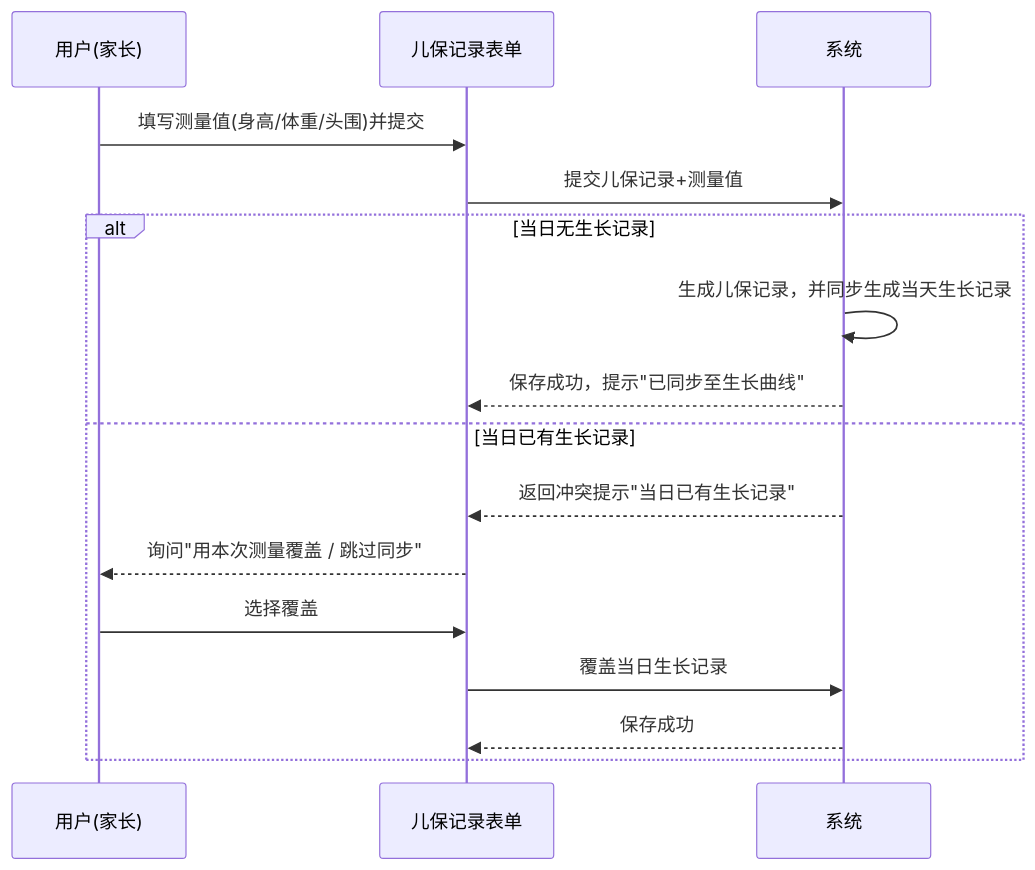
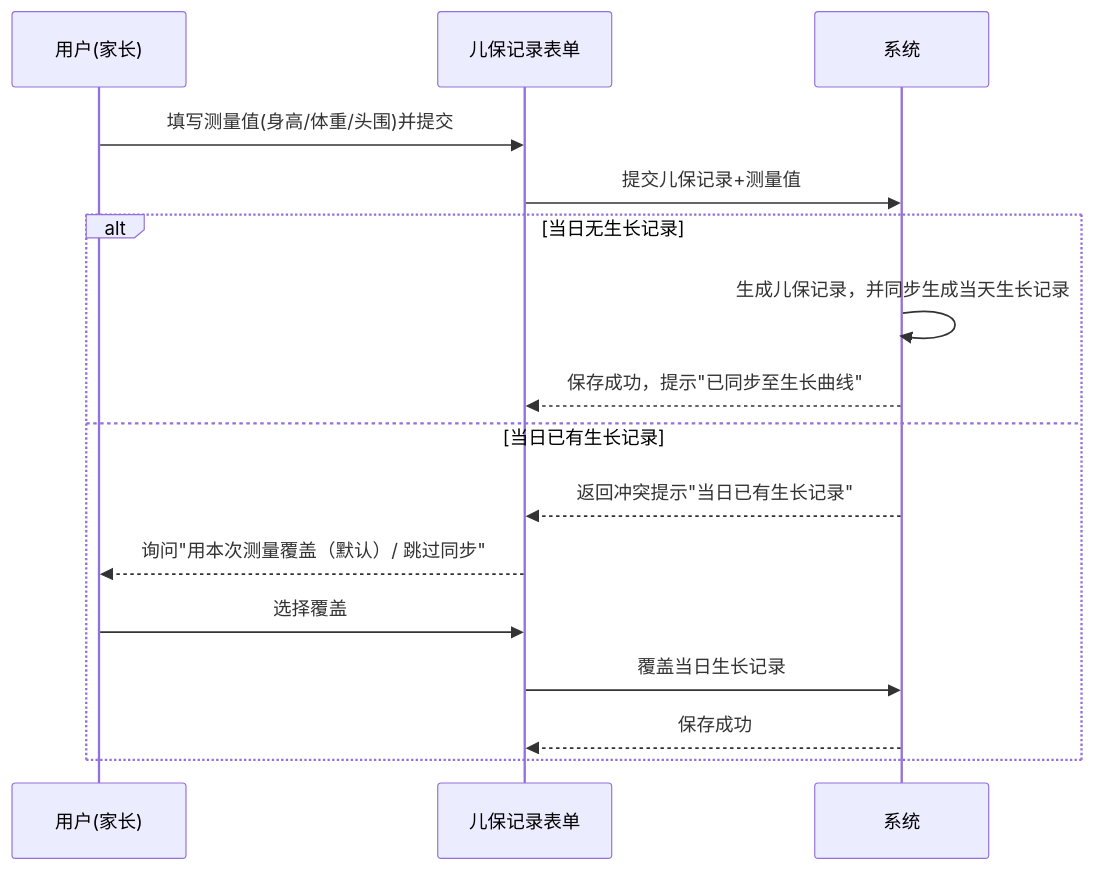
The third of 3 diagrams in docs/prd/PRD-005.md (BingBlog/minicare), drawn with Mermaid before and after one commit. The commit also changed other lines of this file and 1 other file, not shown here.

````diff
--- a/docs/prd/PRD-005.md
+++ b/docs/prd/PRD-005.md
@@ -89,19 +93,19 @@
 ```mermaid
 sequenceDiagram
   participant U as 用户(家长)
   participant A as 儿保记录表单
   participant S as 系统
 
   U->>A: 填写测量值(身高/体重/头围)并提交
   A->>S: 提交儿保记录+测量值
   alt 当日无生长记录
     S->>S: 生成儿保记录，并同步生成当天生长记录
     S-->>A: 保存成功，提示"已同步至生长曲线"
   else 当日已有生长记录
     S-->>A: 返回冲突提示"当日已有生长记录"
-    A-->>U: 询问"用本次测量覆盖 / 跳过同步"
+    A-->>U: 询问"用本次测量覆盖（默认）/ 跳过同步"
     U->>A: 选择覆盖
     A->>S: 覆盖当日生长记录
     S-->>A: 保存成功
   end
 ```
````
